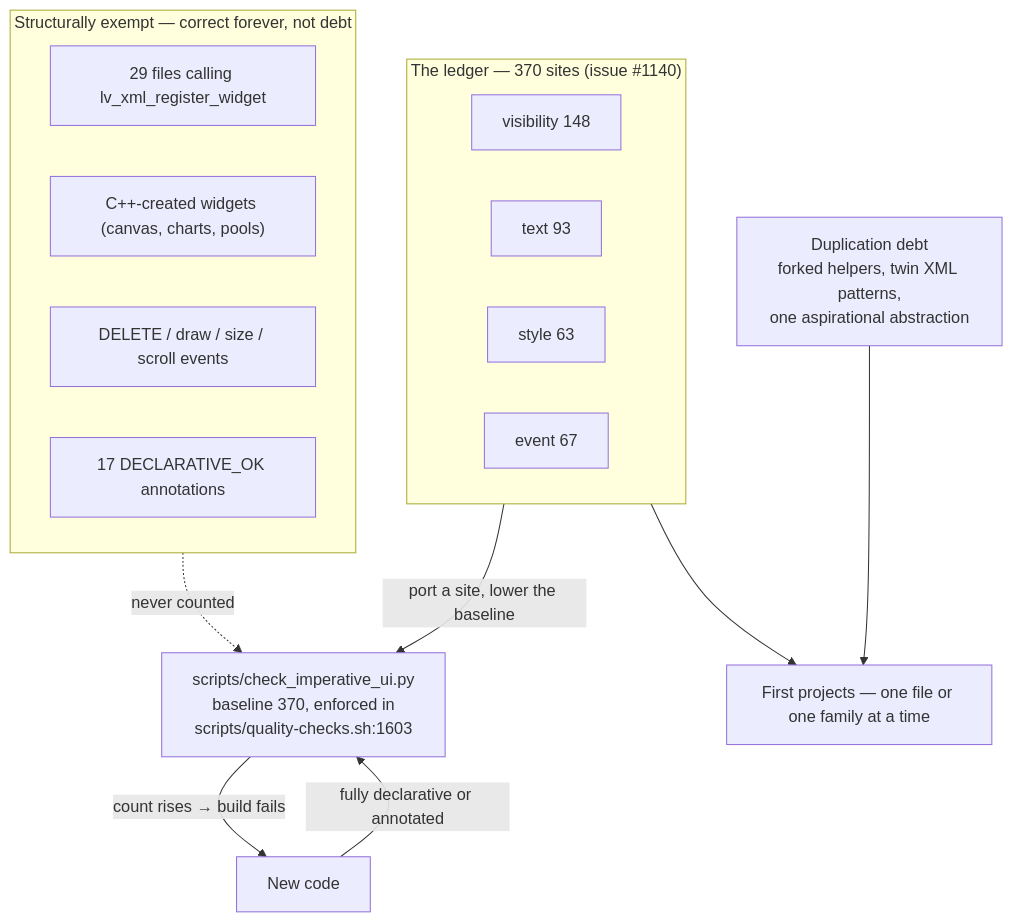
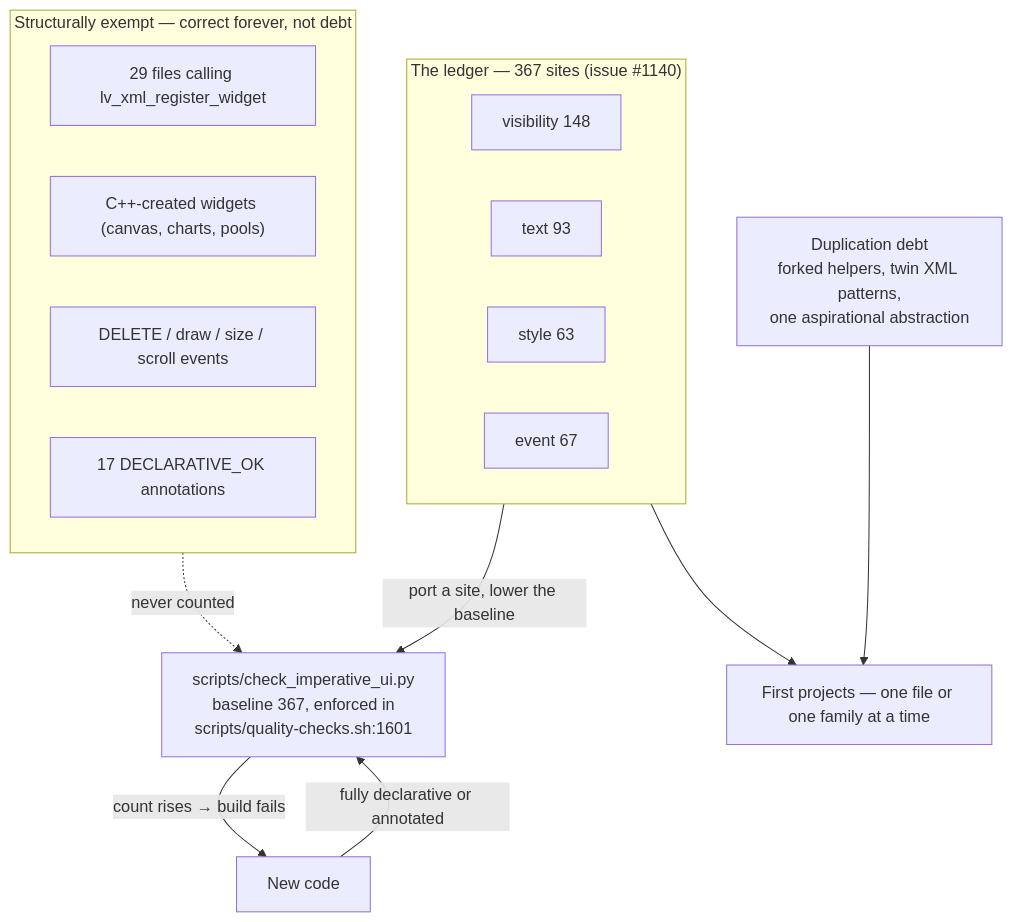
One commit to prestonbrown/helixscreen changed the diagram in docs/devel/architecture/15-known-debt.md. Above: the diagram before and after it, drawn with Mermaid. The commit also changed other lines of this file and 3 other files, not shown here.

````diff
--- a/docs/devel/architecture/15-known-debt.md
+++ b/docs/devel/architecture/15-known-debt.md
@@ -7,26 +7,26 @@
 ```mermaid
 flowchart TD
     NEW["New code"] -->|"fully declarative or annotated"| GATE
 
-    subgraph LEDGER["The ledger — 370 sites (issue #1140)"]
+    subgraph LEDGER["The ledger — 367 sites (issue #1140)"]
         V["visibility 148"]
         T["text 93"]
         S["style 63"]
         E["event 67"]
     end
 
-    GATE["scripts/check_imperative_ui.py<br/>baseline 370, enforced in<br/>scripts/quality-checks.sh:1603"]
+    GATE["scripts/check_imperative_ui.py<br/>baseline 367, enforced in<br/>scripts/quality-checks.sh:1601"]
     LEDGER -->|"port a site, lower the baseline"| GATE
     GATE -->|"count rises → build fails"| NEW
 
     subgraph EXEMPT["Structurally exempt — correct forever, not debt"]
         W["29 files calling lv_xml_register_widget"]
         C["C++-created widgets (canvas, charts, pools)"]
         H["DELETE / draw / size / scroll events"]
         A["17 DECLARATIVE_OK annotations"]
     end
     EXEMPT -.->|"never counted"| GATE
 
     DUP["Duplication debt<br/>forked helpers, twin XML patterns,<br/>one aspirational abstraction"] --> PROJECTS
     LEDGER --> PROJECTS["First projects — one file or one family at a time"]
 ```
````
